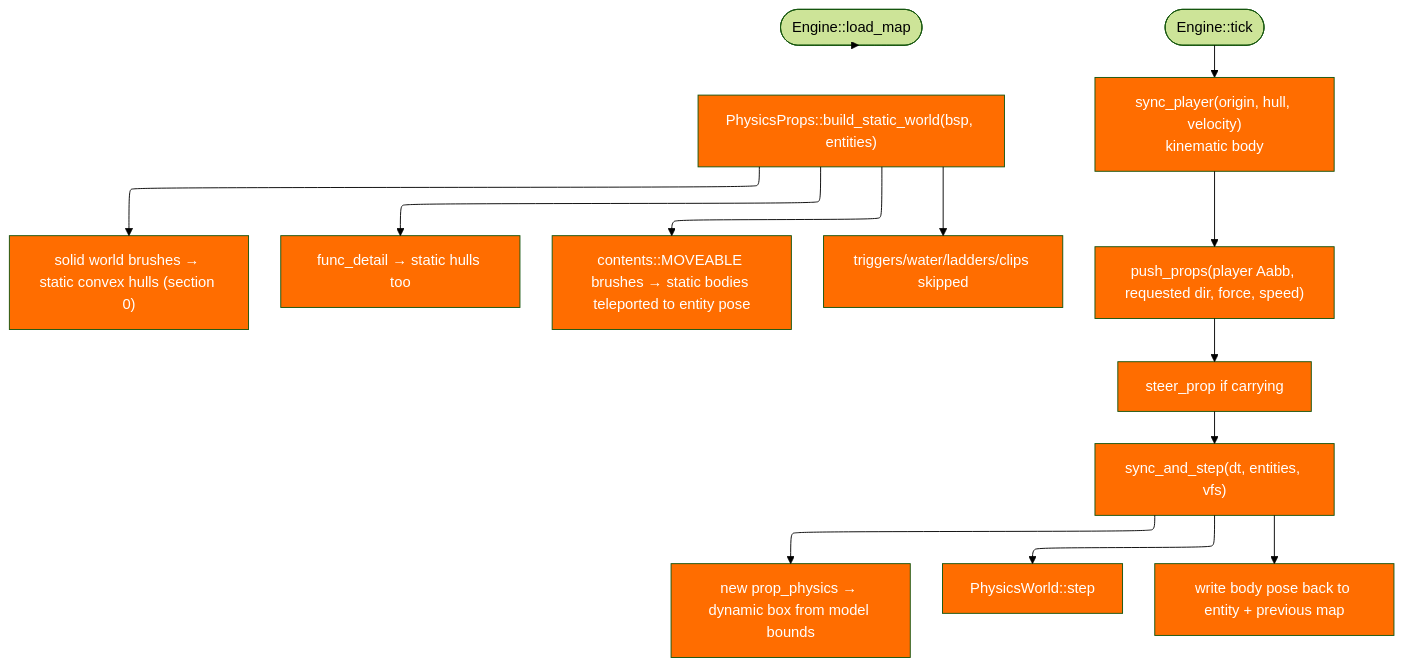
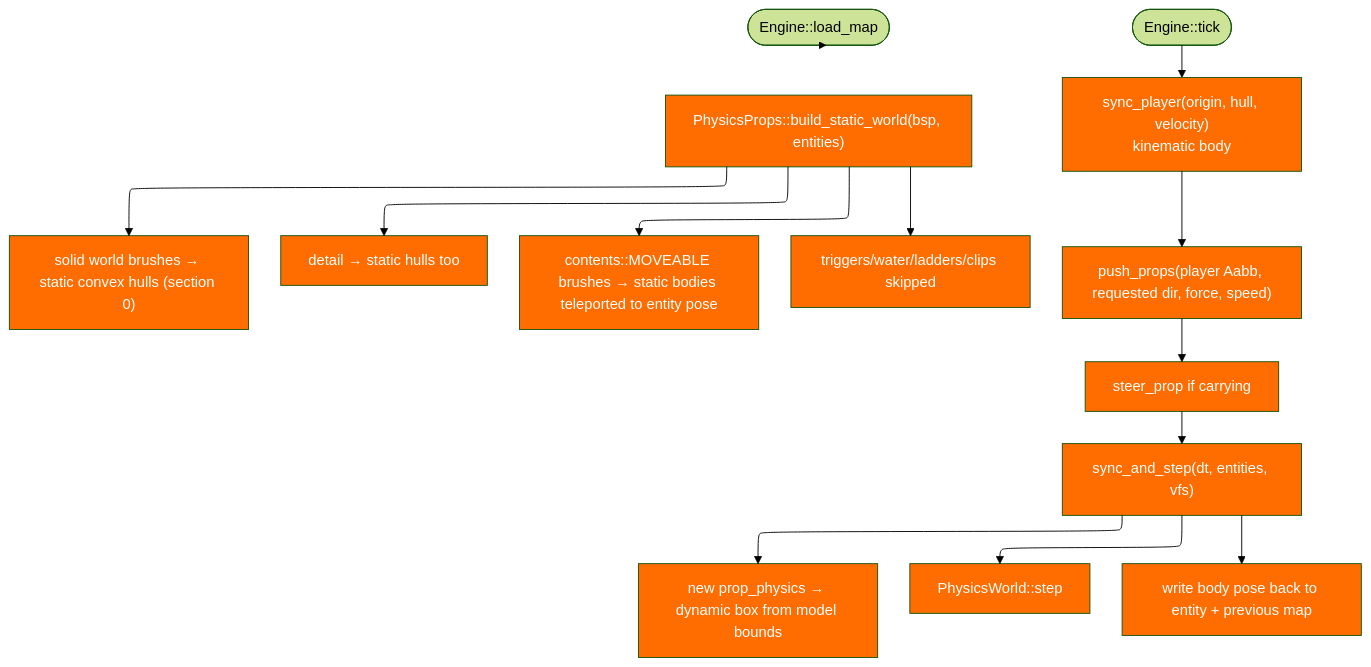
One commit to T342guy/Kerosene changed the second of 2 diagrams in src/devnotes/physics.md. Above: the diagram before and after it, drawn with Mermaid (forest theme). The commit also changed 67 other files, not shown here.

````diff
--- a/src/devnotes/physics.md
+++ b/src/devnotes/physics.md
@@ -133,22 +133,22 @@
 ```mermaid
 ---
 config:
   layout: elk
 ---
 flowchart TB
     load(["Engine::load_map"]) --> build["PhysicsProps::build_static_world(bsp, entities)"]
     build --> world["solid world brushes → static convex hulls (section 0)"]
-    build --> detail["func_detail → static hulls too"]
+    build --> detail["detail → static hulls too"]
     build --> move["contents::MOVEABLE brushes → static bodies teleported to entity pose"]
     build --> skip["triggers/water/ladders/clips skipped"]
     tick(["Engine::tick"]) --> newsync["sync_player(origin, hull, velocity)<br/>kinematic body"]
     newsync --> push["push_props(player Aabb, requested dir, force, speed)"]
     push --> held["steer_prop if carrying"]
     held --> step["sync_and_step(dt, entities, vfs)"]
     step --> newprop["new prop_physics → dynamic box from model bounds"]
     step --> simulate["PhysicsWorld::step"]
     step --> writeback["write body pose back to entity + previous map"]
 
     classDef proc fill:#FF6D00,color:#fff
     class build,world,detail,move,skip,newsync,push,held,step,newprop,simulate,writeback proc
 ```
````
